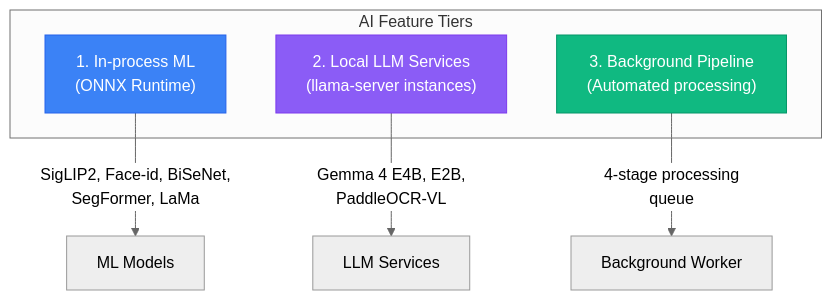
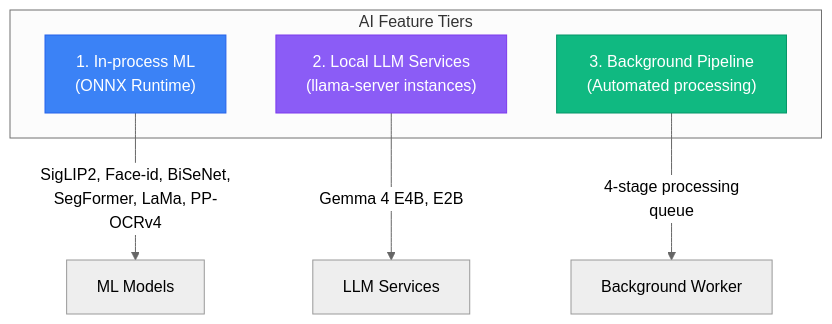
Before and after one commit to VardhmanSurana/Prism: the first of 2 diagrams in docs/AI_FEATURES.md, drawn with Mermaid (neutral theme). The commit also changed other lines of this file and 17 other files, not shown here.

````diff
--- a/docs/AI_FEATURES.md
+++ b/docs/AI_FEATURES.md
@@ -9,19 +9,18 @@
 ```mermaid
 graph TD
     subgraph Tiers["AI Feature Tiers"]
         InProcess["1. In-process ML<br/>(ONNX Runtime)"]
         LLM["2. Local LLM Services<br/>(llama-server instances)"]
         Pipeline["3. Background Pipeline<br/>(Automated processing)"]
     end
 
     InProcess --> |"SigLIP2, Face-id, BiSeNet,
-SegFormer, LaMa"| Models["ML Models"]
-    LLM --> |"Gemma 4 E4B, E2B,
-PaddleOCR-VL"| Services["LLM Services"]
+SegFormer, LaMa, PP-OCRv4"| Models["ML Models"]
+    LLM --> |"Gemma 4 E4B, E2B"| Services["LLM Services"]
     Pipeline --> |"4-stage processing
 queue"| Worker["Background Worker"]
 
     style InProcess fill:#3b82f6,stroke:#2563eb,color:#fff
     style LLM fill:#8b5cf6,stroke:#7c3aed,color:#fff
     style Pipeline fill:#10b981,stroke:#059669,color:#fff
 ```
````
